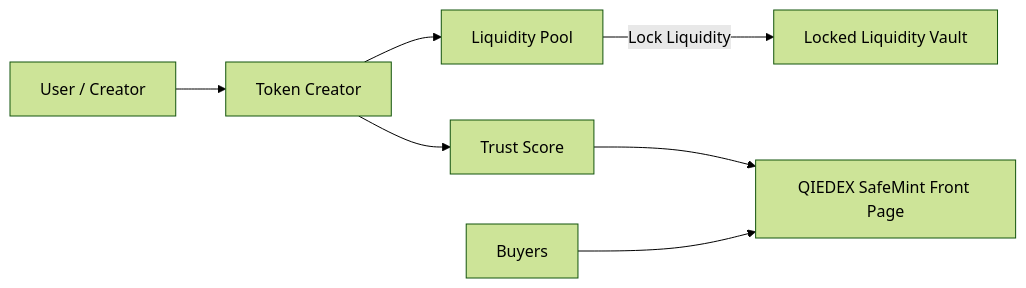
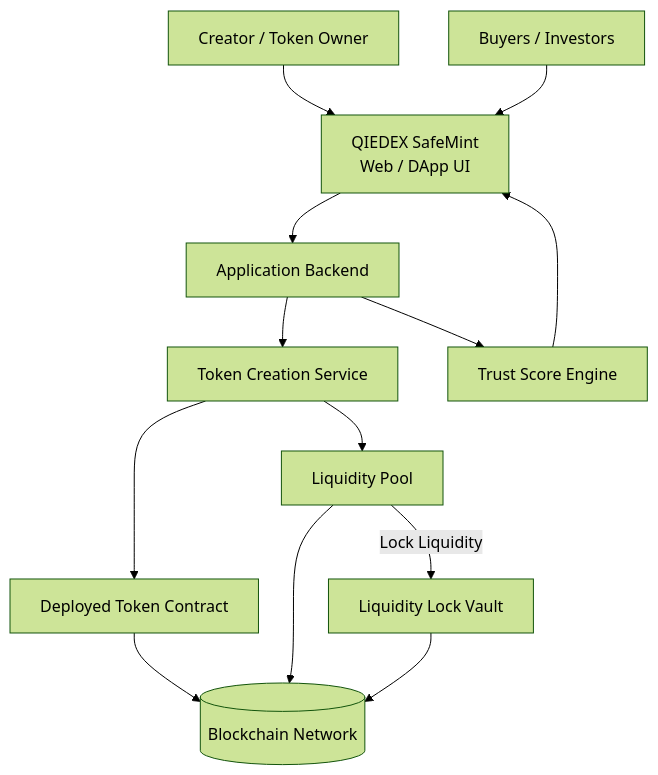
One commit to hari-hara-sudharsan/tokenCreator changed the diagram in README.md. Above: the diagram before and after it, drawn with Mermaid (forest theme).

Commit message:
Update architecture diagram to new flowchart format

````diff
--- a/README.md
+++ b/README.md
@@ -85,9 +85,53 @@
 ```mermaid
-flowchart LR
-    U[User / Creator] --> T[Token Creator]
-    T --> L[Liquidity Pool]
-    L -->|Lock Liquidity| LL[Locked Liquidity Vault]
-    T --> S[Trust Score]
-    S --> UI[QIEDEX SafeMint Front Page]
-    Buyers[Buyers] --> UI
+flowchart TB
+    %% =====================
+    %% Actors
+    %% =====================
+    Creator[Creator / Token Owner]
+    Buyer[Buyers / Investors]
+
+    %% =====================
+    %% Presentation Layer
+    %% =====================
+    UI[QIEDEX SafeMint<br/>Web / DApp UI]
+
+    %% =====================
+    %% Application Layer
+    %% =====================
+    Backend[Application Backend]
+    TokenSvc[Token Creation Service]
+    TrustSvc[Trust Score Engine]
+
+    %% =====================
+    %% Blockchain Layer
+    %% =====================
+    Chain[(Blockchain Network)]
+    Token[Deployed Token Contract]
+    Liquidity[Liquidity Pool]
+    Lock[Liquidity Lock Vault]
+
+    %% =====================
+    %% User Flow
+    %% =====================
+    Creator --> UI
+    Buyer --> UI
+
+    %% =====================
+    %% System Flow
+    %% =====================
+    UI --> Backend
+
+    Backend --> TokenSvc
+    Backend --> TrustSvc
+
+    TokenSvc --> Token
+    TokenSvc --> Liquidity
+
+    Liquidity -->|Lock Liquidity| Lock
+
+    TrustSvc --> UI
+    Token --> Chain
+    Liquidity --> Chain
+    Lock --> Chain
+
 ```
````
